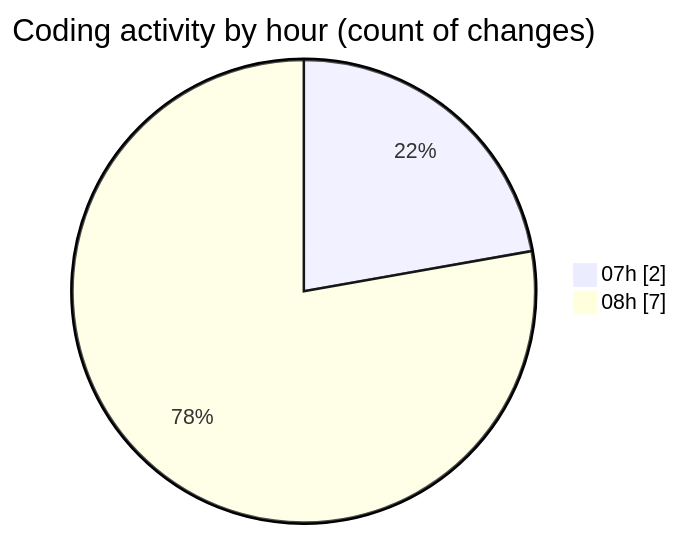
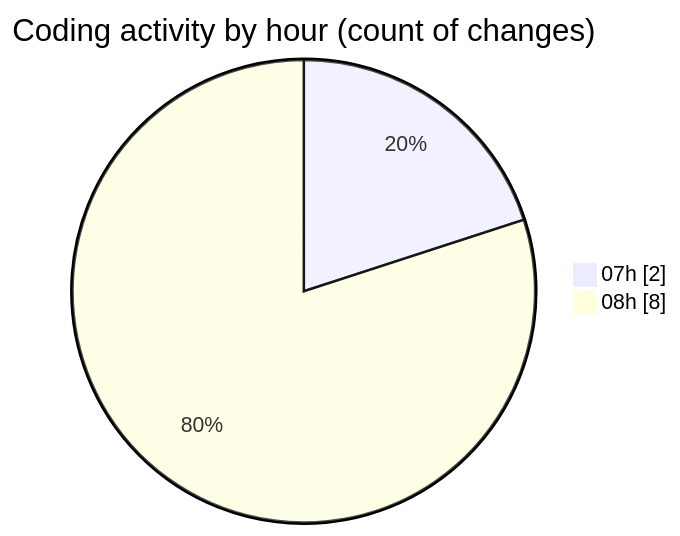
Before and after one commit to LanceThiago/code-tracking: the second of 2 diagrams in 2025-01-09/nueva_carpeta/README.md, drawn with Mermaid. The commit also changed other lines of this file and 1 other file, not shown here.

````diff
--- a/2025-01-09/nueva_carpeta/README.md
+++ b/2025-01-09/nueva_carpeta/README.md
@@ -28,6 +28,6 @@
 ```mermaid
 pie showData
 title Coding activity by hour (count of changes)
 "07h" : 2
-"08h" : 7
+"08h" : 8
 ```
````
